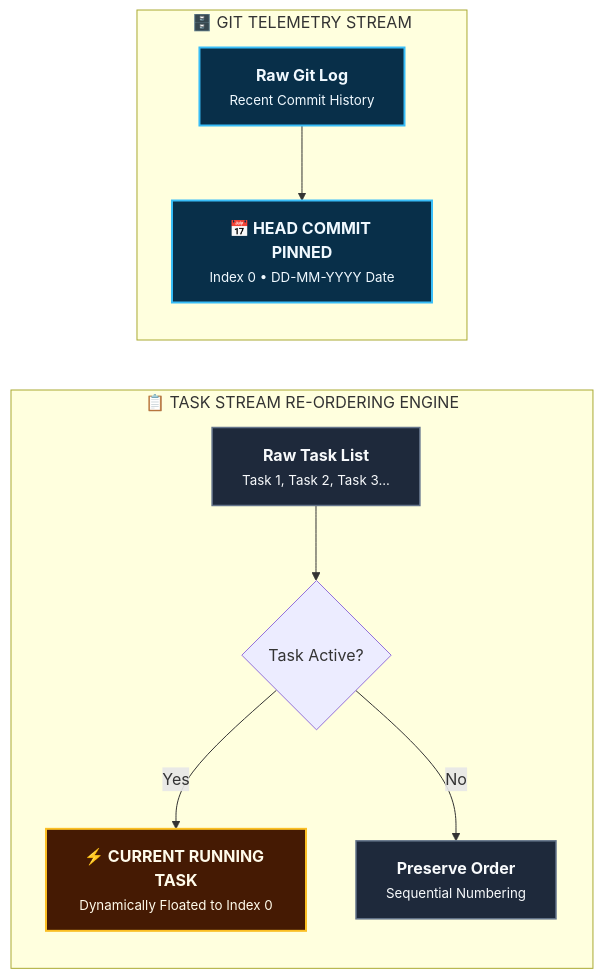
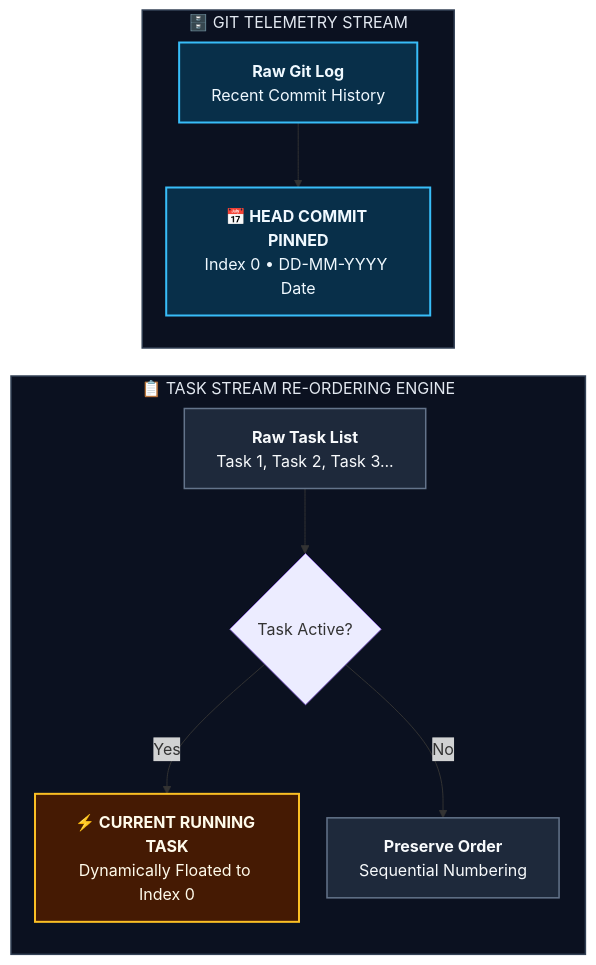
The second of 4 diagrams in SDD-Vibe-Framework/Project-Manager-Dashboard/README.md (ChandanAY-24/Agentic-Development-ChandanAY), drawn with Mermaid before and after one commit. The commit also changed other lines of this file and 13 other files, not shown here.

Commit message:
docs: polish Mermaid diagrams across READMEs and guides

````diff
--- a/SDD-Vibe-Framework/Project-Manager-Dashboard/README.md
+++ b/SDD-Vibe-Framework/Project-Manager-Dashboard/README.md
@@ -71,16 +89,25 @@
 ```mermaid
+%%{init: {'flowchart': {'curve': 'basis', 'padding': 16, 'nodeSpacing': 28, 'rankSpacing': 40}}}%%
 flowchart LR
     classDef active fill:#451a03,stroke:#fbbf24,stroke-width:2px,color:#fffbeb;
     classDef normal fill:#1e293b,stroke:#64748b,stroke-width:1.5px,color:#f8fafc;
     classDef git fill:#082f49,stroke:#38bdf8,stroke-width:2px,color:#f0f9ff;
 
     subgraph TaskStream ["📋 TASK STREAM RE-ORDERING ENGINE"]
-        IncomingTasks["<b>Raw Task List</b><br/><small>Task 1, Task 2, Task 3...</small>"]:::normal --> StateCheck{"Task Active?"}
-        StateCheck -->|"Yes"| FloatTop["<b>⚡ CURRENT RUNNING TASK</b><br/><small>Dynamically Floated to Index 0</small>"]:::active
-        StateCheck -->|"No"| NaturalOrder["<b>Preserve Order</b><br/><small>Sequential Numbering</small>"]:::normal
+        IncomingTasks["`**Raw Task List**
+Task 1, Task 2, Task 3...`"]:::normal --> StateCheck{"Task Active?"}
+        StateCheck -->|"Yes"| FloatTop["`**⚡ CURRENT RUNNING TASK**
+Dynamically Floated to Index 0`"]:::active
+        StateCheck -->|"No"| NaturalOrder["`**Preserve Order**
+Sequential Numbering`"]:::normal
     end
 
     subgraph GitStream ["🗄️ GIT TELEMETRY STREAM"]
-        GitLog["<b>Raw Git Log</b><br/><small>Recent Commit History</small>"]:::git --> PinHead["<b>📅 HEAD COMMIT PINNED</b><br/><small>Index 0 • DD-MM-YYYY Date</small>"]:::git
+        GitLog["`**Raw Git Log**
+Recent Commit History`"]:::git --> PinHead["`**📅 HEAD COMMIT PINNED**
+Index 0 • DD-MM-YYYY Date`"]:::git
     end
+
+    style TaskStream fill:#0b1120,stroke:#334155,stroke-width:1.5px,color:#e2e8f0
+    style GitStream fill:#0b1120,stroke:#334155,stroke-width:1.5px,color:#e2e8f0
 ```
````
